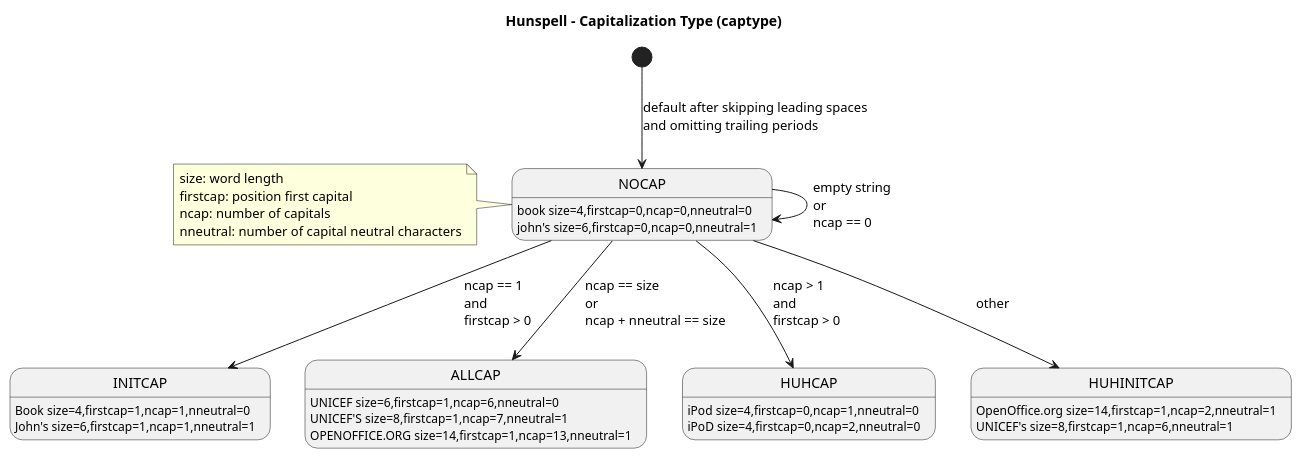
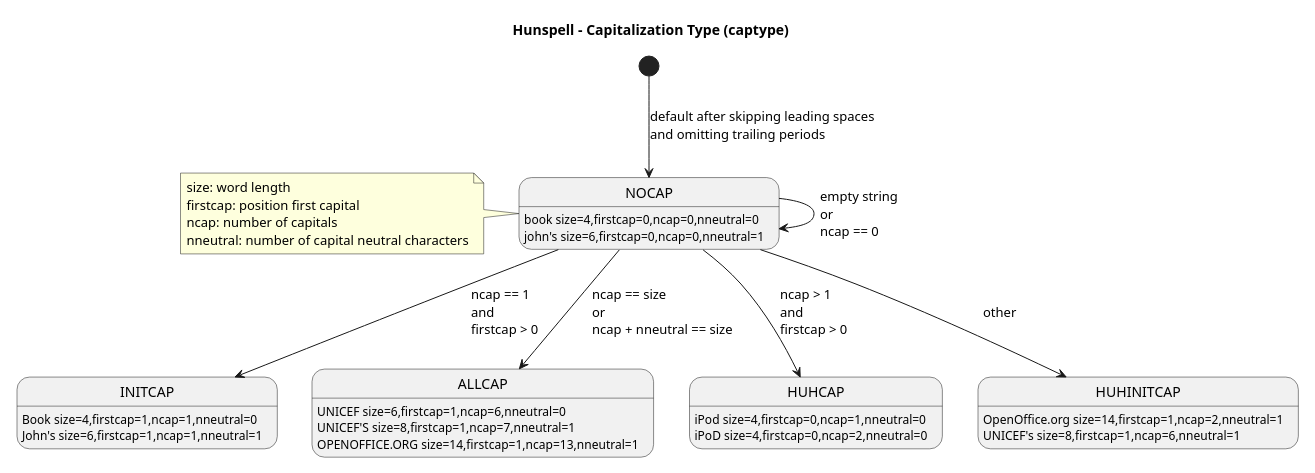
Before and after one commit to nuspell/misc-nuspell: the diagram in uml/plantuml/capitalization-type-state-diagram.pu, drawn with PlantUML. The commit also changed 23 other files, not shown here.

Commit message:
started structuring notes into diagrams

```diff
--- a/uml/plantuml/capitalization-type-state-diagram.pu
+++ b/uml/plantuml/capitalization-type-state-diagram.pu
@@ -1,25 +1,26 @@
 @startuml
+skinparam backgroundcolor White|White
 
 title Hunspell - Capitalization Type (captype)
 
 [*] --> NOCAP : default after skipping leading spaces\land omitting trailing periods
 
 note left : size: word length\nfirstcap: position first capital\nncap: number of capitals\nnneutral: number of capital neutral characters
 
 NOCAP --> NOCAP : empty string\lor\lncap == 0
 NOCAP --> INITCAP : ncap == 1\land\lfirstcap > 0
 NOCAP --> ALLCAP : ncap == size\lor\lncap + nneutral == size
 NOCAP --> HUHCAP : ncap > 1\land\lfirstcap > 0
 NOCAP --> HUHINITCAP : other
 
 NOCAP : book size=4,firstcap=0,ncap=0,nneutral=0\njohn's size=6,firstcap=0,ncap=0,nneutral=1
 
 INITCAP : Book size=4,firstcap=1,ncap=1,nneutral=0\nJohn's size=6,firstcap=1,ncap=1,nneutral=1
 
 ALLCAP : UNICEF size=6,firstcap=1,ncap=6,nneutral=0\nUNICEF'S size=8,firstcap=1,ncap=7,nneutral=1\nOPENOFFICE.ORG size=14,firstcap=1,ncap=13,nneutral=1
 
 HUHINITCAP : OpenOffice.org size=14,firstcap=1,ncap=2,nneutral=1\nUNICEF's size=8,firstcap=1,ncap=6,nneutral=1
 
 HUHCAP : iPod size=4,firstcap=0,ncap=1,nneutral=0\niPoD size=4,firstcap=0,ncap=2,nneutral=0
 
 @enduml
```
